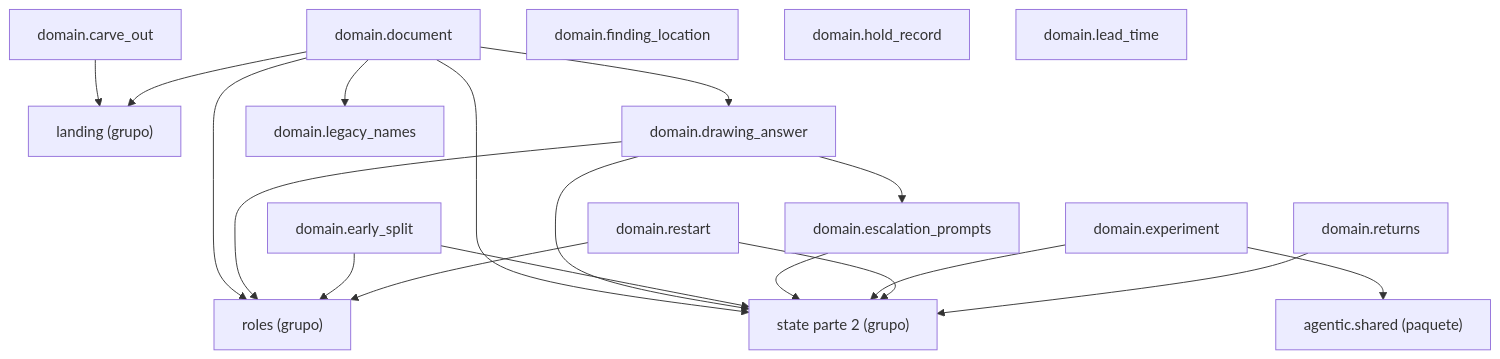
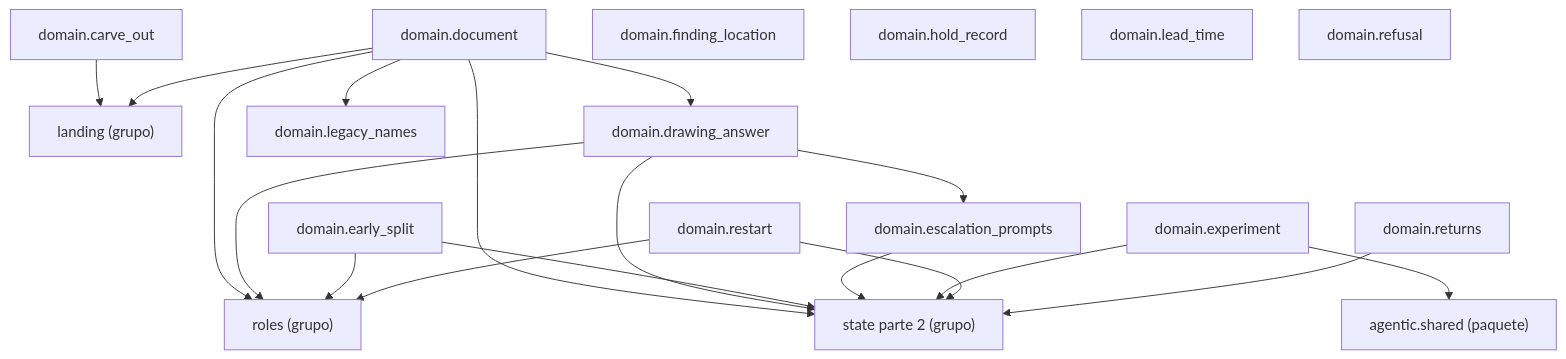
One commit to GonzaloZevallos/agentic-system changed the diagram in docs/architecture/generated/packages-process-domain-state-1.md. Above: the diagram before and after it, drawn with Mermaid. The commit also changed 11 other files, not shown here.

````diff
--- a/docs/architecture/generated/packages-process-domain-state-1.md
+++ b/docs/architecture/generated/packages-process-domain-state-1.md
@@ -12,36 +12,37 @@
 ```mermaid
 graph TD
     g_domain__landing["landing (grupo)"]
     g_domain__roles["roles (grupo)"]
     g_domain__state__2["state parte 2 (grupo)"]
     g_pkg__agentic__shared["agentic.shared (paquete)"]
     m_domain__carve_out["domain.carve_out"]
     m_domain__document["domain.document"]
     m_domain__drawing_answer["domain.drawing_answer"]
     m_domain__early_split["domain.early_split"]
     m_domain__escalation_prompts["domain.escalation_prompts"]
     m_domain__experiment["domain.experiment"]
     m_domain__finding_location["domain.finding_location"]
     m_domain__hold_record["domain.hold_record"]
     m_domain__lead_time["domain.lead_time"]
     m_domain__legacy_names["domain.legacy_names"]
+    m_domain__refusal["domain.refusal"]
     m_domain__restart["domain.restart"]
     m_domain__returns["domain.returns"]
     m_domain__carve_out --> g_domain__landing
     m_domain__document --> g_domain__landing
     m_domain__document --> g_domain__roles
     m_domain__document --> g_domain__state__2
     m_domain__document --> m_domain__drawing_answer
     m_domain__document --> m_domain__legacy_names
     m_domain__drawing_answer --> g_domain__roles
     m_domain__drawing_answer --> g_domain__state__2
     m_domain__drawing_answer --> m_domain__escalation_prompts
     m_domain__early_split --> g_domain__roles
     m_domain__early_split --> g_domain__state__2
     m_domain__escalation_prompts --> g_domain__state__2
     m_domain__experiment --> g_domain__state__2
     m_domain__experiment --> g_pkg__agentic__shared
     m_domain__restart --> g_domain__roles
     m_domain__restart --> g_domain__state__2
     m_domain__returns --> g_domain__state__2
 ```
````
